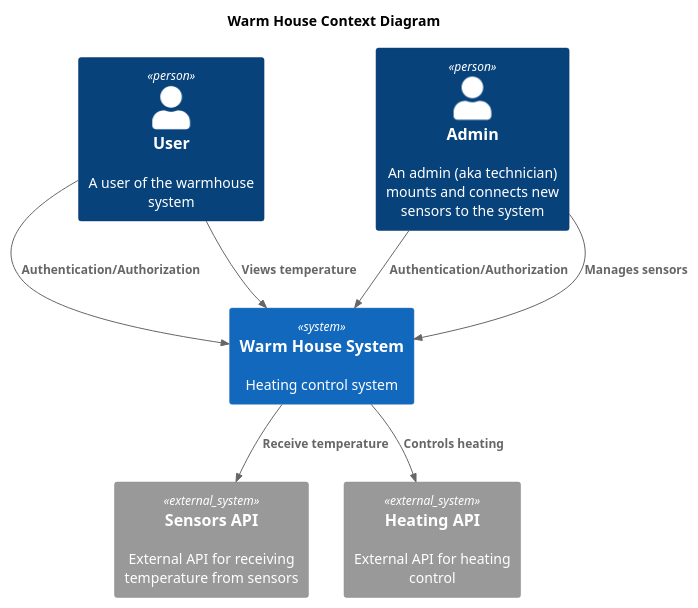
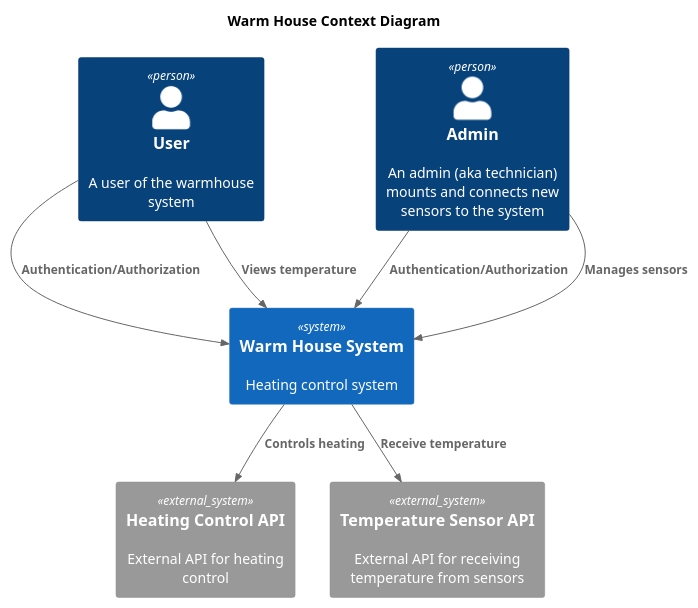
One commit to santechniqueue/warmhouse changed the diagram in apps/smart_home/diagrams/monolith/context.puml. Above: the diagram before and after it, drawn with PlantUML.

Commit message:
Updated contex diagram

```diff
--- a/apps/smart_home/diagrams/monolith/context.puml
+++ b/apps/smart_home/diagrams/monolith/context.puml
@@ -1,26 +1,26 @@
 @startuml
 title Warm House Context Diagram
 
 top to bottom direction
 
 !includeurl https://raw.githubusercontent.com/RicardoNiepel/C4-PlantUML/master/C4_Context.puml
 
 Person(User, "User", "A user of the warmhouse system")
 Person(Admin, "Admin", "An admin (aka technician) mounts and connects new sensors to the system")
 
 System(WarmHouseSystem, "Warm House System", "Heating control system")
 
-System_Ext(SensorsApi, "Sensors API", "External API for receiving temperature from sensors")
-System_Ext(HeatingApi, "Heating API", "External API for heating control")
+System_Ext(HeatingControlApi, "Heating Control API", "External API for heating control")
+System_Ext(TemperatureSensorApi, "Temperature Sensor API", "External API for receiving temperature from sensors")
 
 Rel(User, WarmHouseSystem, "Authentication/Authorization")
 Rel(User, WarmHouseSystem, "Views temperature")
 
 Rel(Admin, WarmHouseSystem, "Authentication/Authorization")
 Rel(Admin, WarmHouseSystem, "Manages sensors")
 
-Rel(WarmHouseSystem, SensorsApi, "Receive temperature")
+Rel(WarmHouseSystem, TemperatureSensorApi, "Receive temperature")
 
-Rel(WarmHouseSystem, HeatingApi, "Controls heating")
+Rel(WarmHouseSystem, HeatingControlApi, "Controls heating")
 
 @enduml
```
